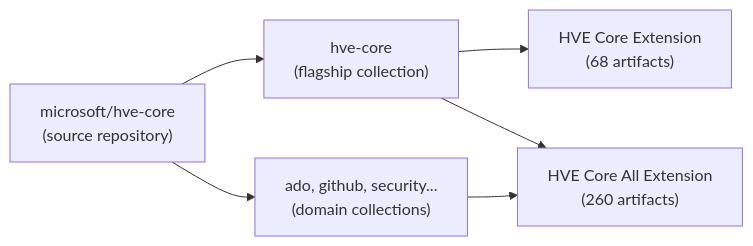
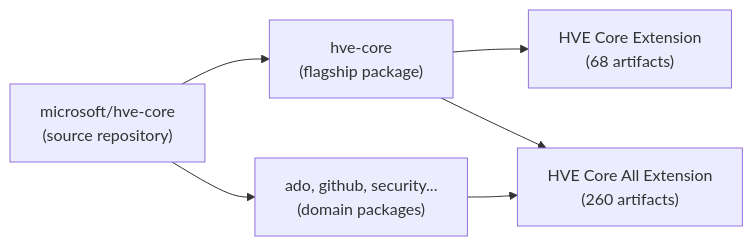
Before and after one commit to MohammedAlkindi/hve-core: the diagram in docs/getting-started/install.md, drawn with Mermaid. The commit also changed other lines of this file and 216 other files, not shown here.

````diff
--- a/docs/getting-started/install.md
+++ b/docs/getting-started/install.md
@@ -80,9 +80,9 @@
 ```mermaid
 graph LR
     REPO["microsoft/hve-core<br/>(source repository)"]
-    REPO --> C1["hve-core<br/>(flagship collection)"]
-    REPO --> C2["ado, github, security...<br/>(domain collections)"]
+   REPO --> C1["hve-core<br/>(flagship package)"]
+   REPO --> C2["ado, github, security...<br/>(domain packages)"]
     C1 --> EXT1["HVE Core Extension<br/>(68 artifacts)"]
     C1 --> EXT2["HVE Core All Extension<br/>(260 artifacts)"]
     C2 --> EXT2
 ```
````
